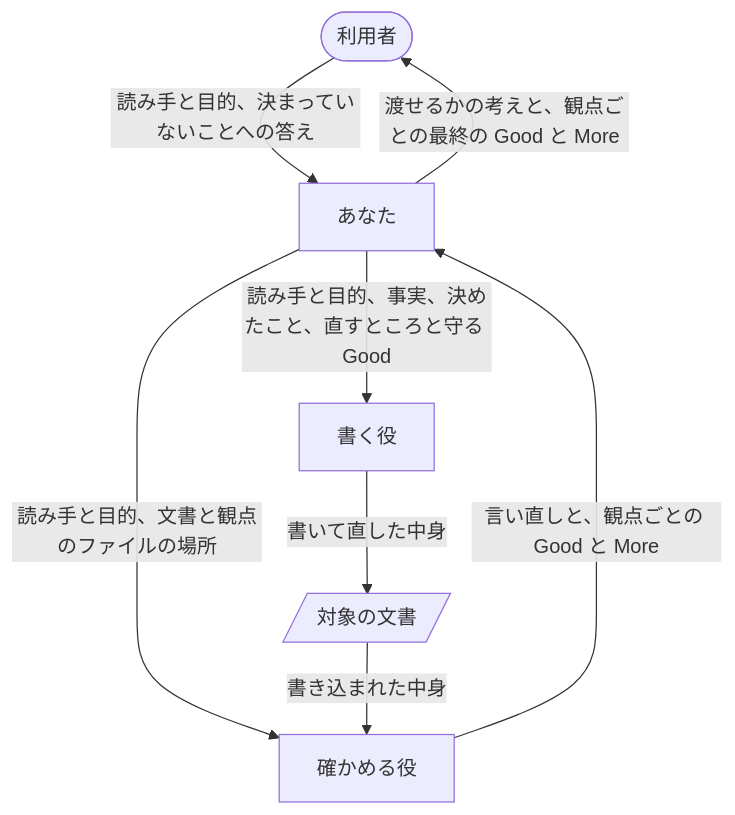
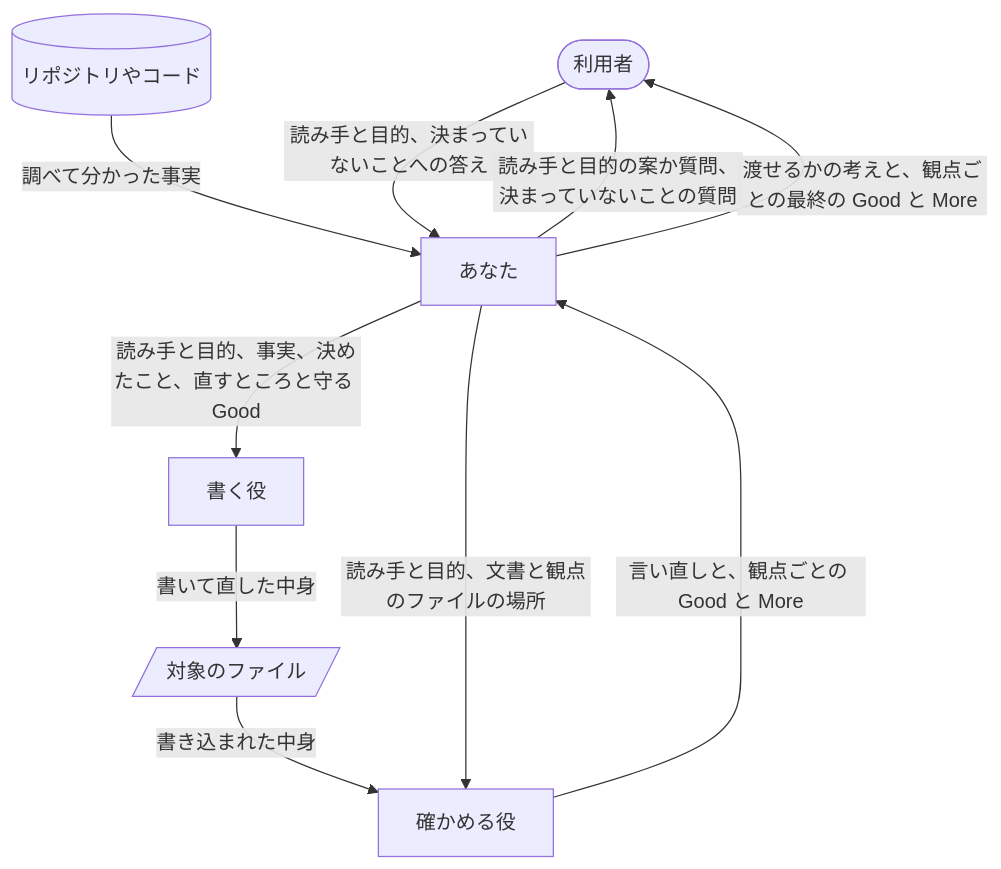
The first of 2 diagrams in writ/skills/up/SKILL.md (lovaizu/ccpm), drawn with Mermaid before and after one commit. The commit also changed other lines of this file and 2 other files, not shown here.

````diff
--- a/writ/skills/up/SKILL.md
+++ b/writ/skills/up/SKILL.md
@@ -22,15 +24,18 @@
 ```mermaid
 flowchart TD
   U([利用者])
   R[あなた]
+  S[(リポジトリやコード)]
   W[書く役]
-  F[/対象の文書/]
+  F[/対象のファイル/]
   K[確かめる役]
   U -->|読み手と目的、決まっていないことへの答え| R
+  R -->|読み手と目的の案か質問、決まっていないことの質問| U
+  S -->|調べて分かった事実| R
   R -->|読み手と目的、事実、決めたこと、直すところと守る Good| W
   W -->|書いて直した中身| F
   R -->|読み手と目的、文書と観点のファイルの場所| K
   F -->|書き込まれた中身| K
   K -->|言い直しと、観点ごとの Good と More| R
   R -->|渡せるかの考えと、観点ごとの最終の Good と More| U
 ```
````
